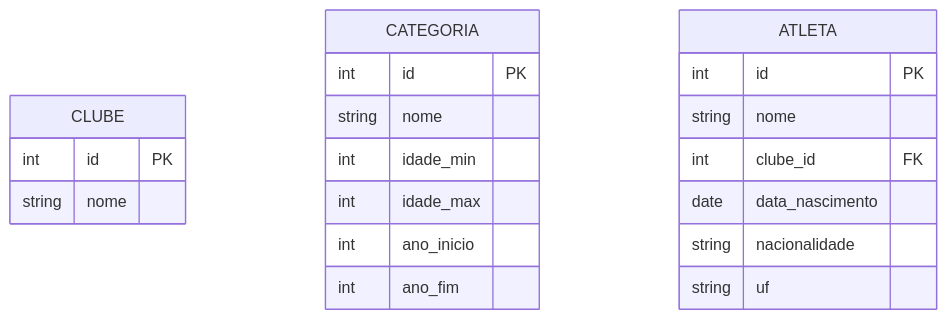
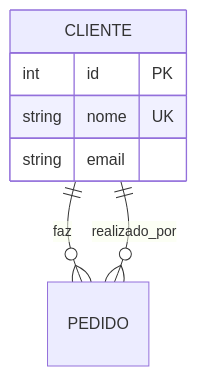
The diagram in docs/content/_posts/2026-04-01-regras-das-atividades.md (myerco/CafeGeek), drawn with Mermaid before and after one commit. The commit also changed other lines of this file, not shown here.

````diff
--- a/docs/content/_posts/2026-04-01-regras-das-atividades.md
+++ b/docs/content/_posts/2026-04-01-regras-das-atividades.md
@@ -90,26 +418,10 @@
 ```mermaid
-  erDiagram
-
-    CLUBE {
+erDiagram
+    CLIENTE ||--o{ PEDIDO : faz
+    PEDIDO }o--|| CLIENTE : realizado_por
+    CLIENTE {
         int id PK
-        string nome
-    }
-
-    CATEGORIA {
-        int id PK
-        string nome
-        int idade_min
-        int idade_max
-        int ano_inicio
-        int ano_fim
-    }
-
-    ATLETA {
-        int id PK
-        string nome
-        int clube_id FK
-        date data_nascimento
-        string nacionalidade
-        string uf
+        string nome UK
+        string email
     }
 ```
````
